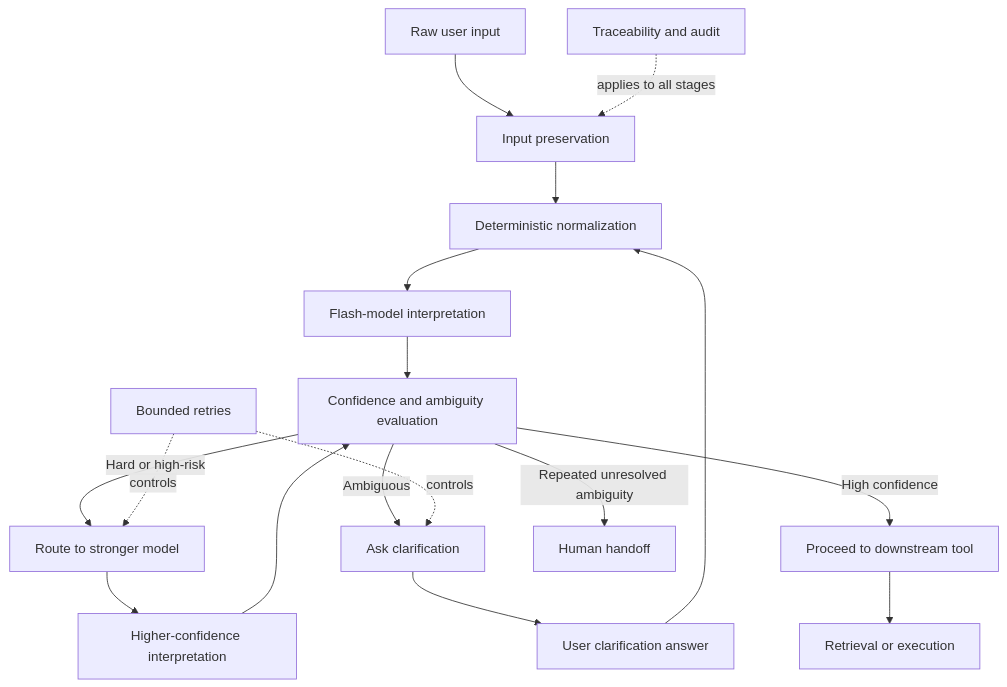
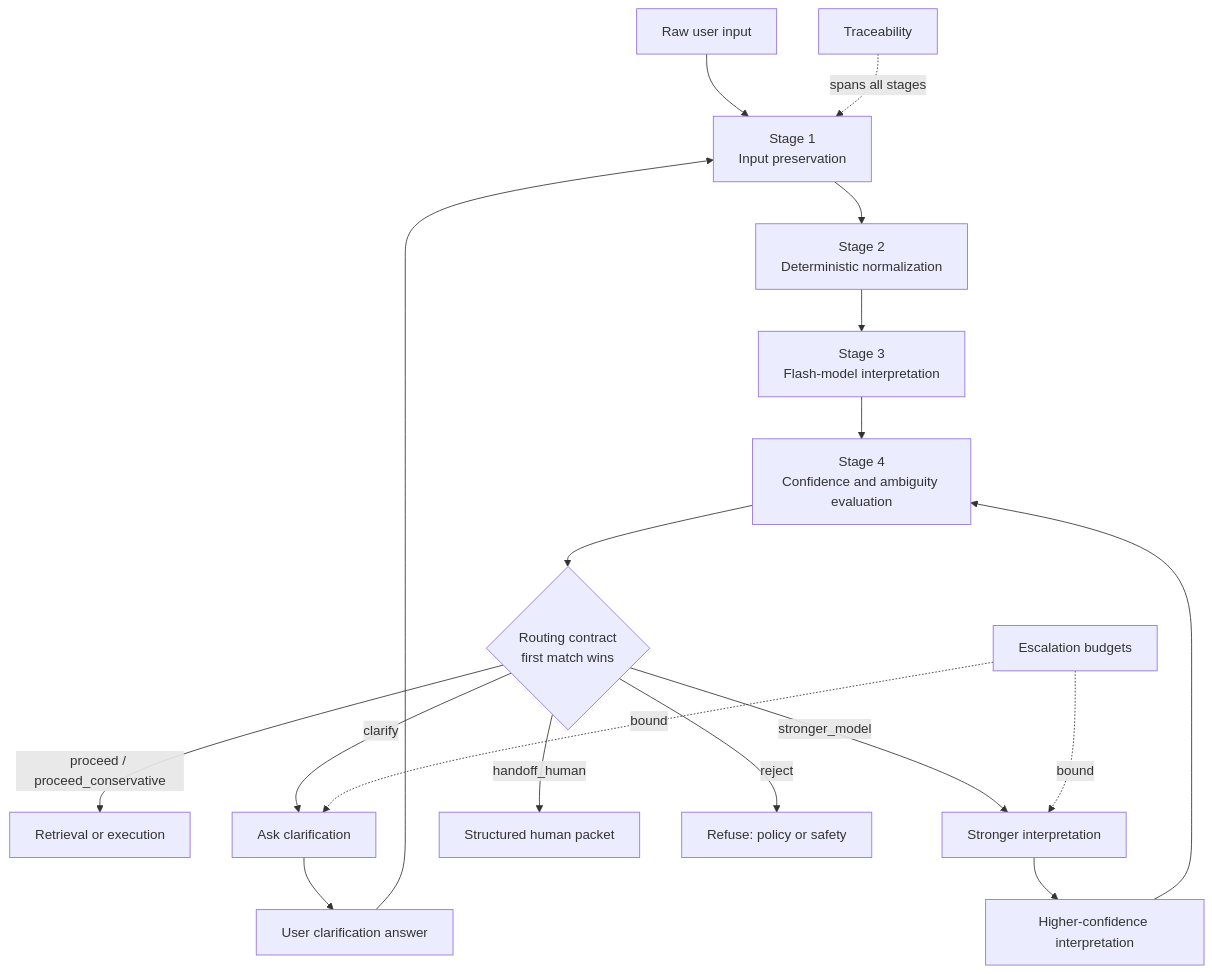
Before and after one commit to cj9208/cj9208.github.io: the diagram in content/blog/AI_study/rag-orchestration-architecture/CH01_Intention-Recognition-Layer.md, drawn with Mermaid. The commit also changed other lines of this file and 5 other files, not shown here.

````diff
--- a/content/blog/AI_study/rag-orchestration-architecture/CH01_Intention-Recognition-Layer.md
+++ b/content/blog/AI_study/rag-orchestration-architecture/CH01_Intention-Recognition-Layer.md
@@ -45,23 +45,25 @@
 ```mermaid
 flowchart TD
-    A[Raw user input] --> B[Input preservation]
-    B --> C[Deterministic normalization]
-    C --> D[Flash-model interpretation]
-    D --> E[Confidence and ambiguity evaluation]
+    A[Raw user input] --> B[Stage 1<br>Input preservation]
+    B --> C[Stage 2<br>Deterministic normalization]
+    C --> D[Stage 3<br>Flash-model interpretation]
+    D --> E[Stage 4<br>Confidence and ambiguity evaluation]
 
-    E -->|High confidence| F[Proceed to downstream tool]
-    E -->|Ambiguous| G[Ask clarification]
-    E -->|Hard or high-risk| H[Route to stronger model]
-    E -->|Repeated unresolved ambiguity| I[Human handoff]
+    E --> F{Routing contract<br>first match wins}
+
+    F -->|proceed / proceed_conservative| L[Retrieval or execution]
+    F -->|clarify| G[Ask clarification]
+    F -->|stronger_model| H[Stronger interpretation]
+    F -->|handoff_human| I[Structured human packet]
+    F -->|reject| R[Refuse: policy or safety]
 
     G --> J[User clarification answer]
-    J --> C
+    J --> B
+
     H --> K[Higher-confidence interpretation]
     K --> E
 
-    F --> L[Retrieval or execution]
-
-    M[Bounded retries] -. controls .-> G
-    M -. controls .-> H
-    N[Traceability and audit] -. applies to all stages .-> B
+    P[Escalation budgets] -. bound .-> G
+    P -. bound .-> H
+    T[Traceability] -. spans all stages .-> B
 ```
````
